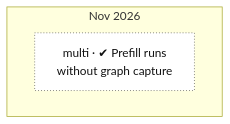
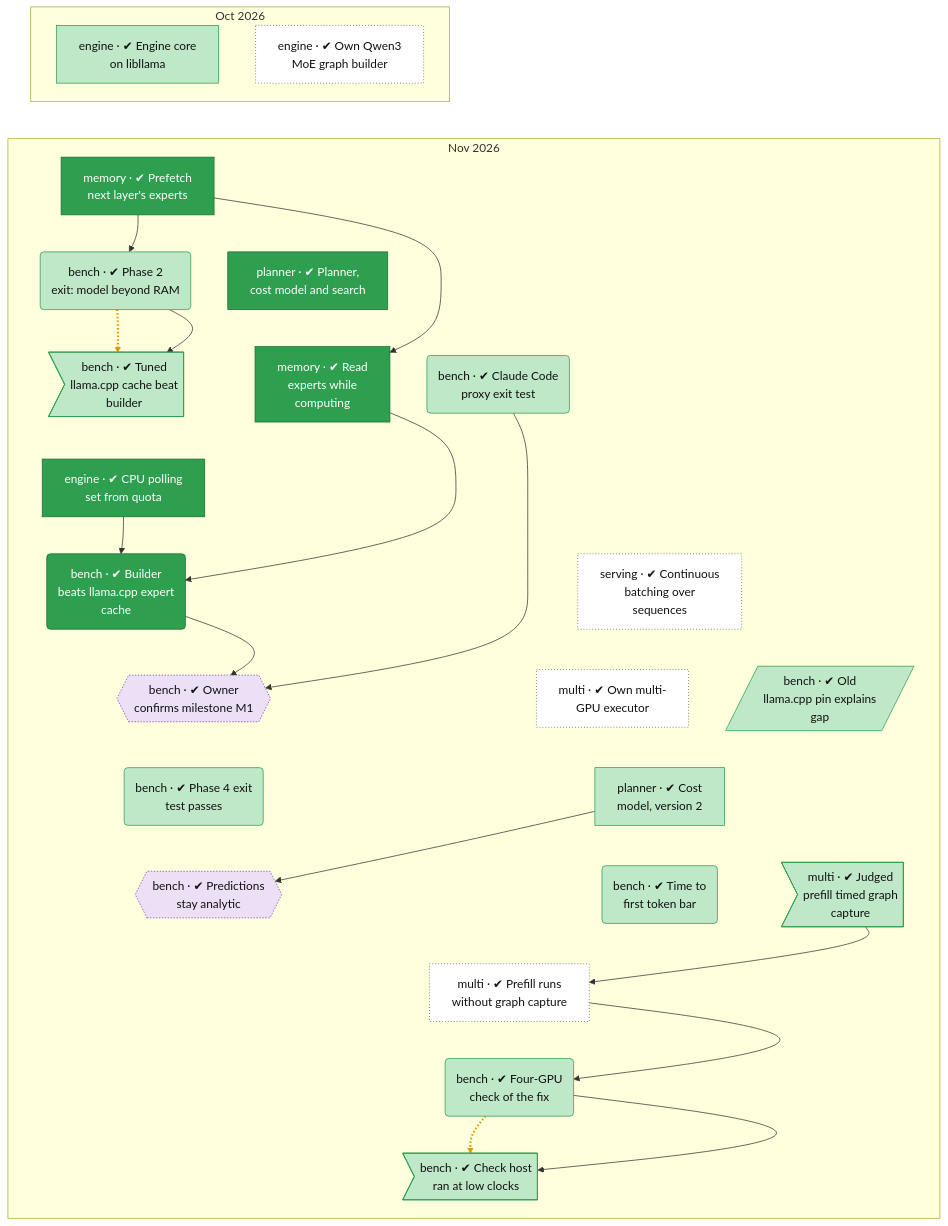
Before and after one commit to lhns/tetraeder: the second of 2 diagrams in docs/roadmap.md, drawn with Mermaid. The commit also changed other lines of this file and 9 other files, not shown here.

````diff
--- a/docs/roadmap.md
+++ b/docs/roadmap.md
@@ -100,8 +102,71 @@
 ```mermaid
 flowchart TB
-    subgraph bd_0["Nov 2026"]
+    subgraph bd_0["Oct 2026"]
+        engine_libllama["engine · ✔ Engine core<br/>on libllama"]
+        engine_moe_builder["engine · ✔ Own Qwen3<br/>MoE graph builder"]
+    end
+    subgraph bd_1["Nov 2026"]
+        memory_prefetch["memory · ✔ Prefetch<br/>next layer's experts"]
+        bench_phase2_exit("bench · ✔ Phase 2<br/>exit: model beyond RAM")
+        planner_core["planner · ✔ Planner,<br/>cost model and search"]
+        bench_defect_tuned_cache>"bench · ✔ Tuned<br/>llama.cpp cache beat<br/>builder"]
+        memory_io_service["memory · ✔ Read<br/>experts while<br/>computing"]
+        bench_phase3b_proxy("bench · ✔ Claude Code<br/>proxy exit test")
+        engine_cpu_poll["engine · ✔ CPU polling<br/>set from quota"]
+        bench_m1_point1("bench · ✔ Builder<br/>beats llama.cpp expert<br/>cache")
+        serving_batching["serving · ✔ Continuous<br/>batching over<br/>sequences"]
+        bench_owner_m1{{"bench · ✔ Owner<br/>confirms milestone M1"}}
+        multi_executor["multi · ✔ Own multi-<br/>GPU executor"]
+        bench_pin_ab[/"bench · ✔ Old<br/>llama.cpp pin explains<br/>gap"/]
+        bench_phase4_exit("bench · ✔ Phase 4 exit<br/>test passes")
+        planner_cost_v2["planner · ✔ Cost<br/>model, version 2"]
+        bench_owner_analytic{{"bench · ✔ Predictions<br/>stay analytic"}}
+        bench_ttft("bench · ✔ Time to<br/>first token bar")
+        multi_defect_capture>"multi · ✔ Judged<br/>prefill timed graph<br/>capture"]
         multi_prefill_no_capture["multi · ✔ Prefill runs<br/>without graph capture"]
+        bench_s3f2("bench · ✔ Four-GPU<br/>check of the fix")
+        bench_defect_s3f2_clock>"bench · ✔ Check host<br/>ran at low clocks"]
     end
+    engine_libllama ~~~ memory_prefetch
+    engine_moe_builder ~~~ memory_prefetch
+    memory_prefetch ~~~ bench_phase2_exit
+    memory_prefetch ~~~ planner_core
+    bench_phase2_exit ~~~ bench_defect_tuned_cache
+    planner_core ~~~ memory_io_service
+    planner_core ~~~ bench_phase3b_proxy
+    bench_defect_tuned_cache ~~~ engine_cpu_poll
+    memory_io_service ~~~ engine_cpu_poll
+    bench_phase3b_proxy ~~~ engine_cpu_poll
+    engine_cpu_poll ~~~ bench_m1_point1
+    engine_cpu_poll ~~~ serving_batching
+    bench_m1_point1 ~~~ bench_owner_m1
+    serving_batching ~~~ multi_executor
+    serving_batching ~~~ bench_pin_ab
+    bench_owner_m1 ~~~ bench_phase4_exit
+    multi_executor ~~~ planner_cost_v2
+    bench_pin_ab ~~~ planner_cost_v2
+    bench_phase4_exit ~~~ bench_owner_analytic
+    planner_cost_v2 ~~~ bench_ttft
+    planner_cost_v2 ~~~ multi_defect_capture
+    bench_owner_analytic ~~~ multi_prefill_no_capture
+    bench_ttft ~~~ multi_prefill_no_capture
+    multi_defect_capture ~~~ multi_prefill_no_capture
+    multi_prefill_no_capture ~~~ bench_s3f2
+    bench_s3f2 ~~~ bench_defect_s3f2_clock
+    memory_prefetch --> bench_phase2_exit
+    bench_phase2_exit -.-> bench_defect_tuned_cache
+    bench_phase2_exit --> bench_defect_tuned_cache
+    memory_prefetch --> memory_io_service
+    engine_cpu_poll --> bench_m1_point1
+    memory_io_service --> bench_m1_point1
+    bench_m1_point1 --> bench_owner_m1
+    bench_phase3b_proxy --> bench_owner_m1
+    planner_cost_v2 --> bench_owner_analytic
+    multi_defect_capture --> multi_prefill_no_capture
+    multi_prefill_no_capture --> bench_s3f2
+    bench_s3f2 -.-> bench_defect_s3f2_clock
+    bench_s3f2 --> bench_defect_s3f2_clock
+    linkStyle 27,37 stroke:#e69500,stroke-width:3px,stroke-dasharray:2 3
     classDef vsucc fill:#2e9e4f,stroke:#1b6b34,color:#fff
     classDef succ fill:#bfe8c8,stroke:#2e9e4f,color:#111
     classDef mixed fill:#ffd37a,stroke:#c98a00,color:#111
@@ -116,5 +181,8 @@
     classDef decided fill:#ece0f7,stroke:#7b3fb5,stroke-dasharray:2 2,color:#111
     classDef finding fill:#ffe0b2,stroke:#d84315,stroke-width:2px,color:#111
     classDef waiting fill:#e3f2fd,stroke:#1f6fc5,stroke-dasharray:5 5,color:#111
-    class multi_prefill_no_capture unrated
+    class multi_prefill_no_capture,engine_moe_builder,multi_executor,serving_batching unrated
+    class engine_libllama,planner_cost_v2,multi_defect_capture,bench_phase2_exit,bench_defect_tuned_cache,bench_phase3b_proxy,bench_pin_ab,bench_phase4_exit,bench_ttft,bench_s3f2,bench_defect_s3f2_clock succ
+    class engine_cpu_poll,memory_prefetch,memory_io_service,planner_core,bench_m1_point1 vsucc
+    class bench_owner_m1,bench_owner_analytic decided
 ```
````
